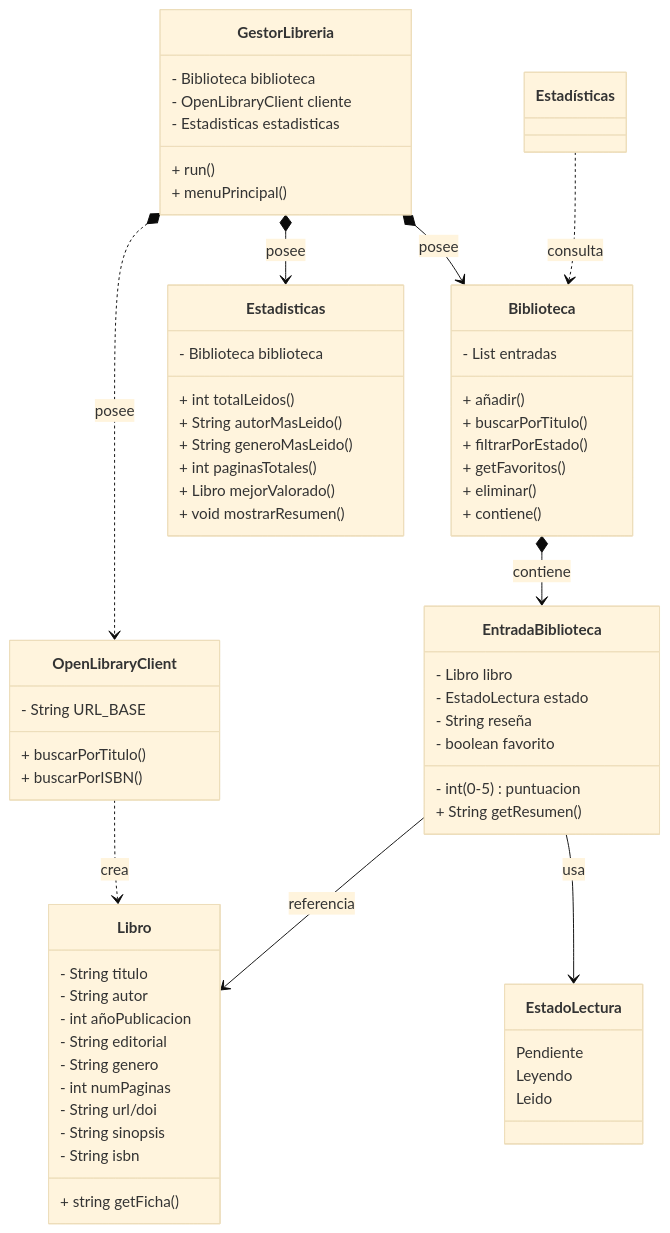
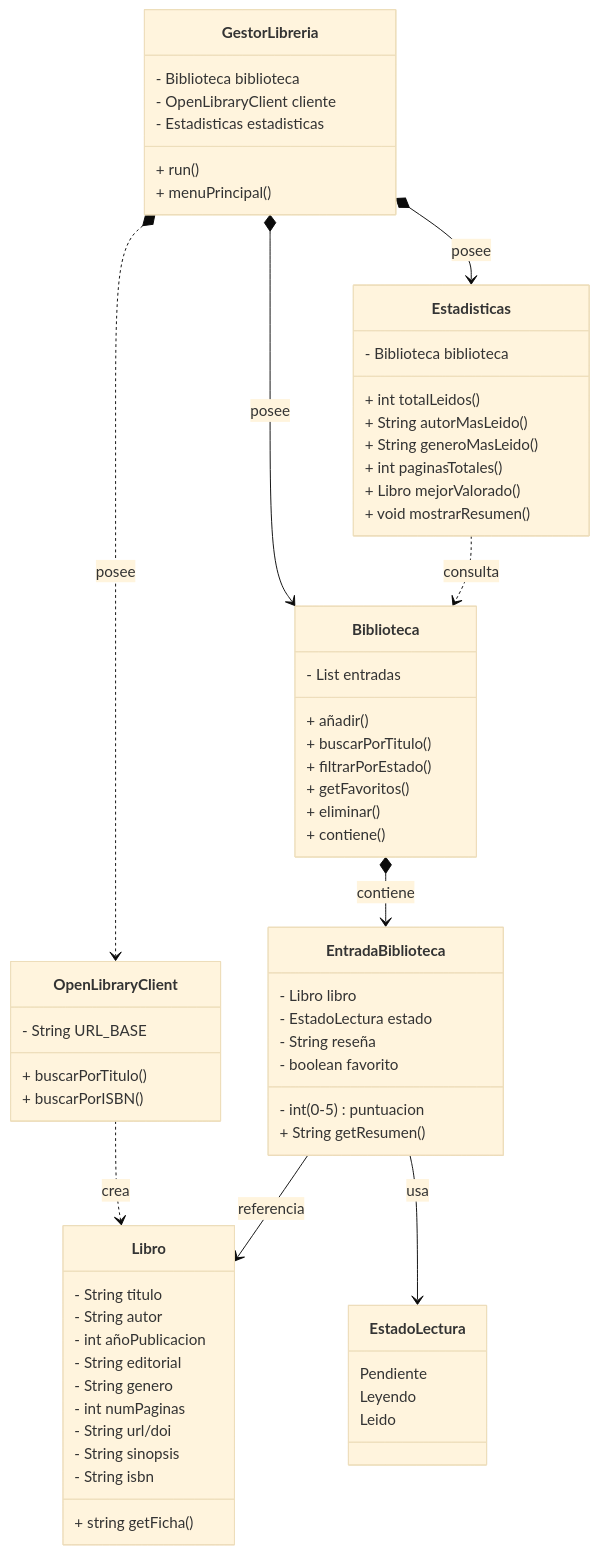
The diagram in especificaciones.md (pcmiralles/Proyecto-Java), drawn with Mermaid (base theme) before and after one commit.

Commit message:
especificaciones.md

````diff
--- a/especificaciones.md
+++ b/especificaciones.md
@@ -62,74 +62,74 @@
 ```mermaid
 classDiagram
     EntradaBiblioteca --> Libro : referencia
     EntradaBiblioteca --> EstadoLectura : usa
 
     Biblioteca *--> EntradaBiblioteca : contiene
 
-    Estadísticas ..> Biblioteca : consulta
+    Estadisticas ..> Biblioteca : consulta
 
     OpenLibraryClient ..> Libro : crea
 
     GestorLibreria *--> Biblioteca : posee
     GestorLibreria *--> Estadisticas : posee
     GestorLibreria *..> OpenLibraryClient : posee
 
     class Libro {
         - String titulo
         - String autor
         - int añoPublicacion
         - String editorial
         - String genero
         - int numPaginas
         - String url/doi
         - String sinopsis
         - String isbn
         + string getFicha()
     }
     class EstadoLectura {
         Pendiente
         Leyendo
         Leido
     }
     class EntradaBiblioteca {
         - Libro libro
         - EstadoLectura estado
         - int (0-5) puntuacion
         - String reseña
         - boolean favorito
         + String getResumen()
     }
     class Biblioteca {
         - List<EntradaBiblioteca> entradas
         + añadir()
         + buscarPorTitulo()
         + filtrarPorEstado()
         + getFavoritos()
         + eliminar()
         + contiene()
     }
 
     class OpenLibraryClient {
         - String URL_BASE
         + buscarPorTitulo()
         + buscarPorISBN()
     }
 
     class Estadisticas {
         - Biblioteca biblioteca
         + int totalLeidos()
         + String autorMasLeido()
         + String generoMasLeido()
         + int paginasTotales()
         + Libro mejorValorado()
         + void mostrarResumen()
     }
 
     class GestorLibreria {
         - Biblioteca biblioteca
         - OpenLibraryClient cliente
         - Estadisticas estadisticas
         + run()
         + menuPrincipal()
     }
 ```
````
